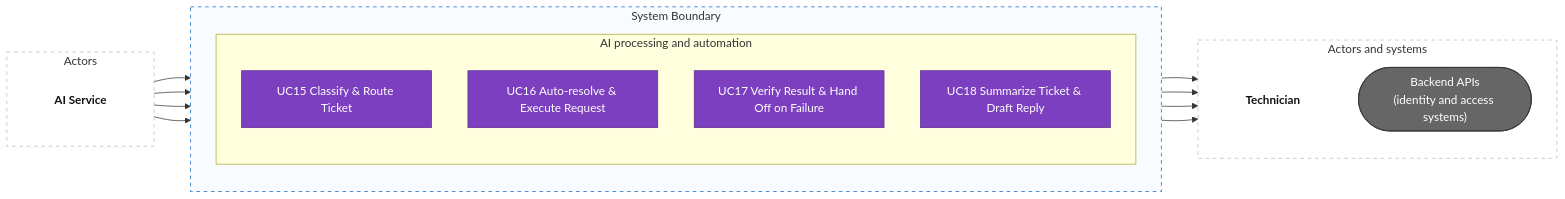
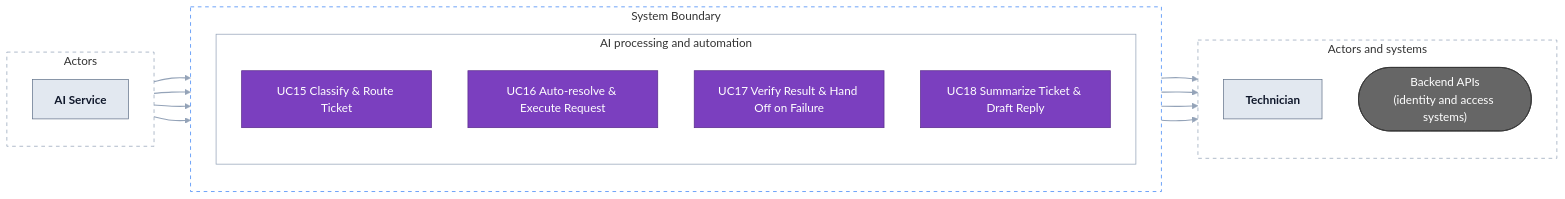
The fourth of 7 diagrams in README.md (Akaza-ban/Fable), drawn with Mermaid before and after one commit. The commit also changed other lines of this file, not shown here.

First line of the commit message:
docs(readme): make use case diagrams readable in dark mode

````diff
--- a/README.md
+++ b/README.md
@@ -175,38 +181,40 @@
 ```mermaid
 flowchart LR
     subgraph left["Actors"]
         direction TB
         ai["<b>AI Service</b>"]
     end
 
     subgraph system["System Boundary"]
         direction TB
         subgraph aiwork["AI processing and automation"]
             direction TB
             uc15["UC15 Classify & Route Ticket"]
             uc16["UC16 Auto-resolve & Execute Request"]
             uc17["UC17 Verify Result & Hand Off on Failure"]
             uc18["UC18 Summarize Ticket & Draft Reply"]
         end
     end
 
     subgraph right["Actors and systems"]
         direction TB
         tech["<b>Technician</b>"]
         apis(["Backend APIs<br/>(identity and access systems)"])
     end
 
     ai --> uc15 & uc16 & uc17 & uc18
     uc16 & uc17 --> apis
     uc17 & uc18 --> tech
 
-    classDef actor fill:none,stroke:none,color:#111
+    classDef actor fill:#e2e8f0,stroke:#64748b,color:#0f172a
     classDef ai fill:#7b3fbf,color:#fff,stroke:#5a2d8c
     classDef external fill:#666,color:#fff,stroke:#333
     class ai,tech actor
     class uc15,uc16,uc17,uc18 ai
     class apis external
-    style left fill:#fff,stroke:#bbb,stroke-dasharray:5 5
-    style right fill:#fff,stroke:#bbb,stroke-dasharray:5 5
-    style system fill:#f8fbff,stroke:#1168bd,stroke-dasharray:5 5
+    style left fill:transparent,stroke:#94a3b8,stroke-dasharray:5 5
+    style right fill:transparent,stroke:#94a3b8,stroke-dasharray:5 5
+    style system fill:transparent,stroke:#3b82f6,stroke-dasharray:5 5
+    style aiwork fill:transparent,stroke:#94a3b8
+    linkStyle default stroke:#94a3b8,stroke-width:1.5px
 ```
````
